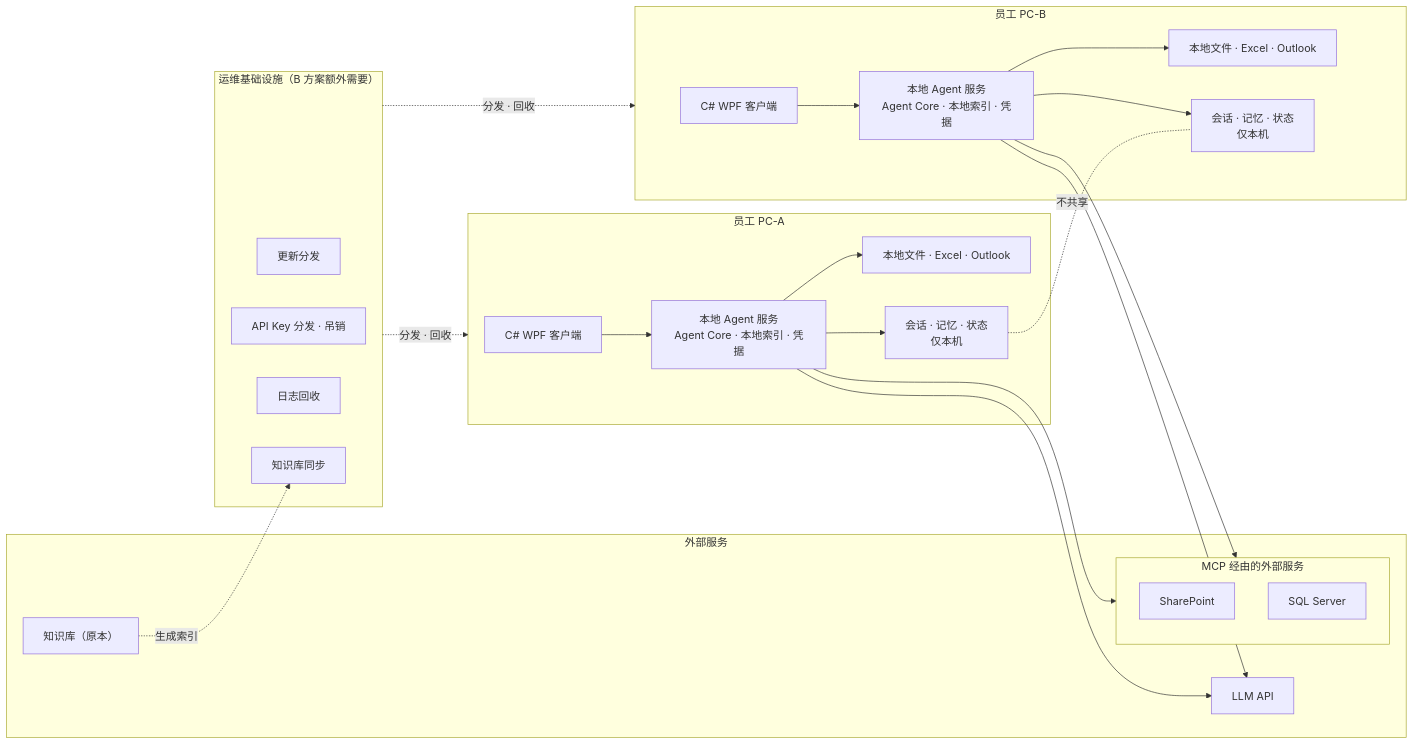
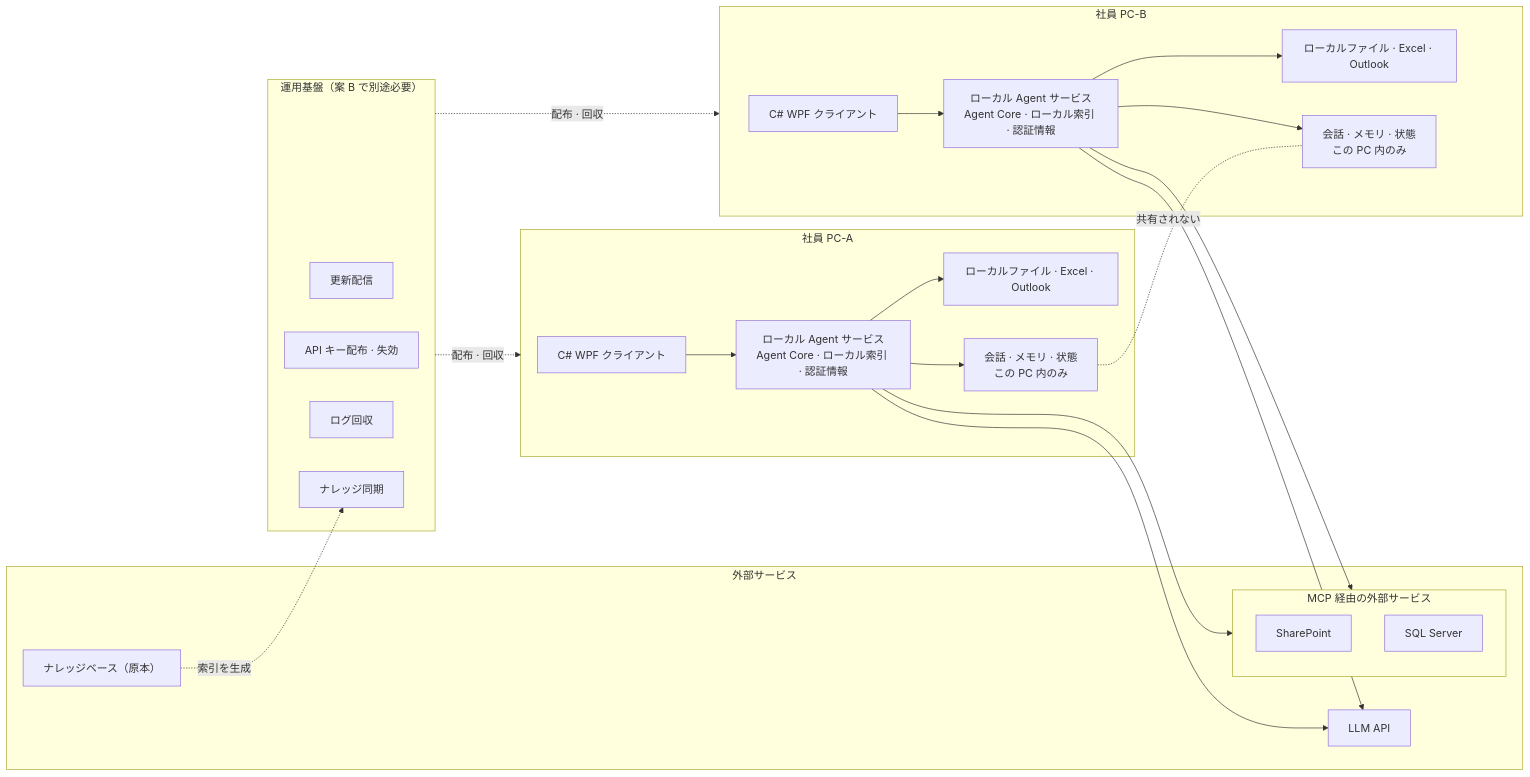
Before and after one commit to JanXiangCloud/blueprint: the second of 2 diagrams in README.md, drawn with Mermaid. The commit also changed other lines of this file, not shown here.

````diff
--- a/README.md
+++ b/README.md
@@ -118,35 +118,35 @@
 ```mermaid
 flowchart LR
-  subgraph PCA["员工 PC-A"]
-    UIA["C# WPF 客户端"] --> SVCA["本地 Agent 服务<br/>Agent Core · 本地索引 · 凭据"]
-    SVCA --> LFA["本地文件 · Excel · Outlook"]
-    SVCA --> STA["会话 · 记忆 · 状态<br/>仅本机"]
+  subgraph PCA["社員 PC-A"]
+    UIA["C# WPF クライアント"] --> SVCA["ローカル Agent サービス<br/>Agent Core · ローカル索引 · 認証情報"]
+    SVCA --> LFA["ローカルファイル · Excel · Outlook"]
+    SVCA --> STA["会話 · メモリ · 状態<br/>この PC 内のみ"]
   end
-  subgraph PCB["员工 PC-B"]
-    UIB["C# WPF 客户端"] --> SVCB["本地 Agent 服务<br/>Agent Core · 本地索引 · 凭据"]
-    SVCB --> LFB["本地文件 · Excel · Outlook"]
-    SVCB --> STB["会话 · 记忆 · 状态<br/>仅本机"]
+  subgraph PCB["社員 PC-B"]
+    UIB["C# WPF クライアント"] --> SVCB["ローカル Agent サービス<br/>Agent Core · ローカル索引 · 認証情報"]
+    SVCB --> LFB["ローカルファイル · Excel · Outlook"]
+    SVCB --> STB["会話 · メモリ · 状態<br/>この PC 内のみ"]
   end
-  STA -. 不共享 .- STB
-  subgraph EXT["外部服务"]
+  STA -. 共有されない .- STB
+  subgraph EXT["外部サービス"]
     LLM["LLM API"]
-    subgraph MCP["MCP 经由的外部服务"]
+    subgraph MCP["MCP 経由の外部サービス"]
       SP["SharePoint"]
       SQL["SQL Server"]
     end
-    KB["知识库（原本）"]
+    KB["ナレッジベース（原本）"]
   end
   SVCA --> LLM
   SVCA --> MCP
   SVCB --> LLM
   SVCB --> MCP
-  subgraph OPS["运维基础设施（B 方案额外需要）"]
-    UPD["更新分发"]
-    KEY["API Key 分发 · 吊销"]
-    LOG["日志回收"]
-    SYNC["知识库同步"]
+  subgraph OPS["運用基盤（案 B で別途必要）"]
+    UPD["更新配信"]
+    KEY["API キー配布 · 失効"]
+    LOG["ログ回収"]
+    SYNC["ナレッジ同期"]
   end
-  KB -. 生成索引 .-> SYNC
-  OPS -. 分发 · 回收 .-> PCA
-  OPS -. 分发 · 回收 .-> PCB
+  KB -. 索引を生成 .-> SYNC
+  OPS -. 配布 · 回収 .-> PCA
+  OPS -. 配布 · 回収 .-> PCB
 ```
````
